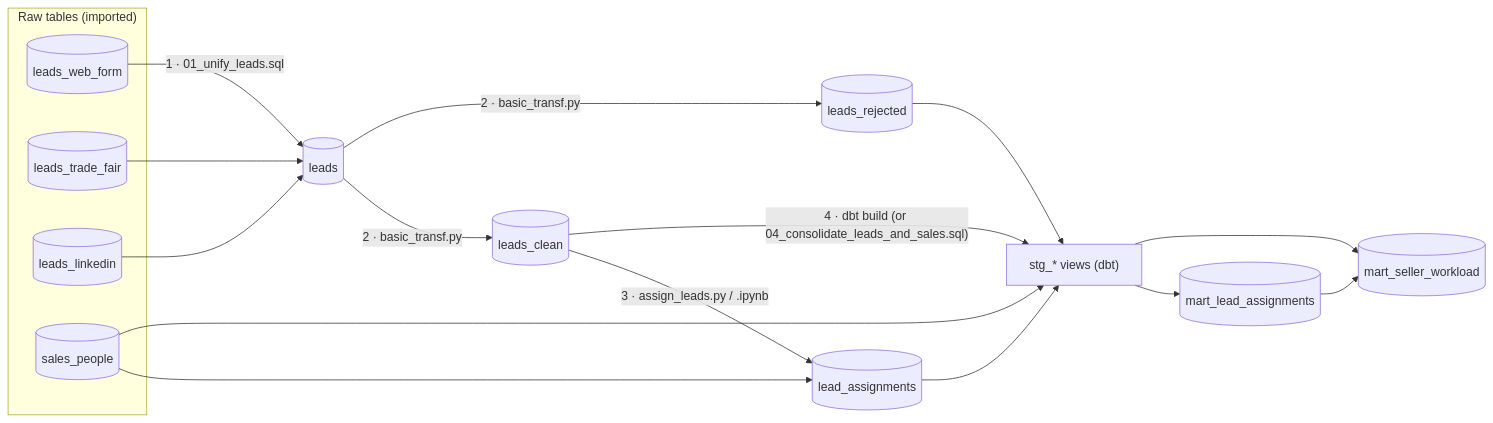
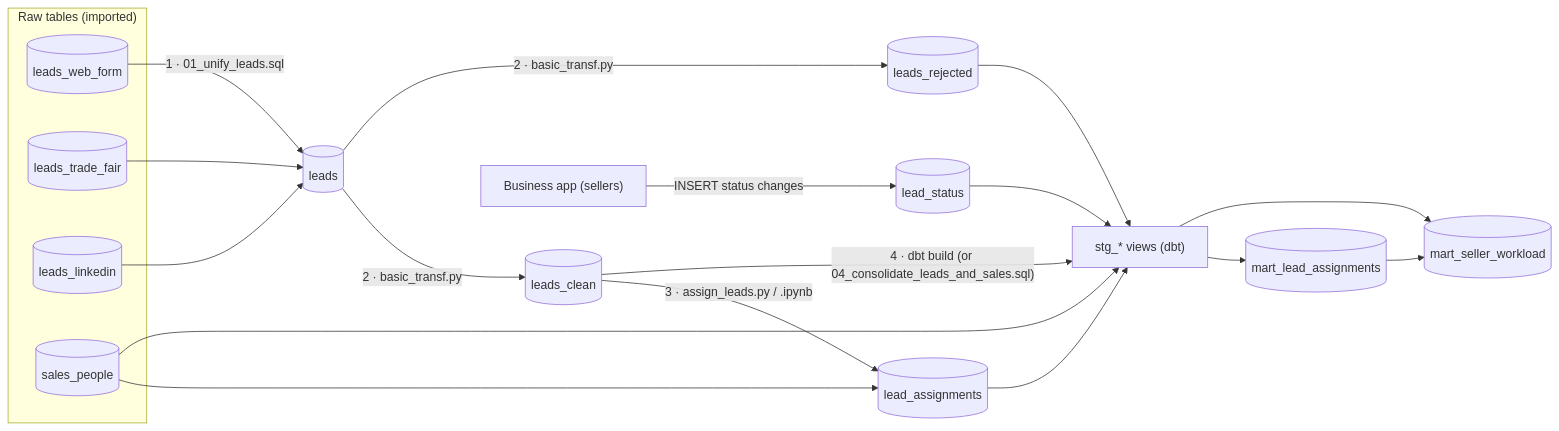
One commit to Prenomics/intelek-quickstarts changed the diagram in compute/README.md. Above: the diagram before and after it, drawn with Mermaid. The commit also changed other lines of this file and 9 other files, not shown here.

First line of the commit message:
feat(compute): add commercial status to mart_lead_assignments

````diff
--- a/compute/README.md
+++ b/compute/README.md
@@ -15,35 +15,37 @@
 ```mermaid
 flowchart LR
     subgraph raw["Raw tables (imported)"]
         web[("leads_web_form")]
         fair[("leads_trade_fair")]
         li[("leads_linkedin")]
         sp[("sales_people")]
     end
 
     leads[("leads")]
     clean[("leads_clean")]
     rejected[("leads_rejected")]
     assign[("lead_assignments")]
     stg["stg_* views (dbt)"]
     mla[("mart_lead_assignments")]
     msw[("mart_seller_workload")]
 
     web -->|"1 · 01_unify_leads.sql"| leads
     fair --> leads
     li --> leads
 
     leads -->|"2 · basic_transf.py"| clean
     leads -->|"2 · basic_transf.py"| rejected
 
     clean -->|"3 · assign_leads.py / .ipynb"| assign
     sp --> assign
 
     clean -->|"4 · dbt build (or 04_consolidate_leads_and_sales.sql)"| stg
     rejected --> stg
     sp --> stg
     assign --> stg
+    app["Business app (sellers)"] -->|"INSERT status changes"| status[("lead_status")]
+    status --> stg
     stg --> mla
     stg --> msw
     mla --> msw
 ```
````
